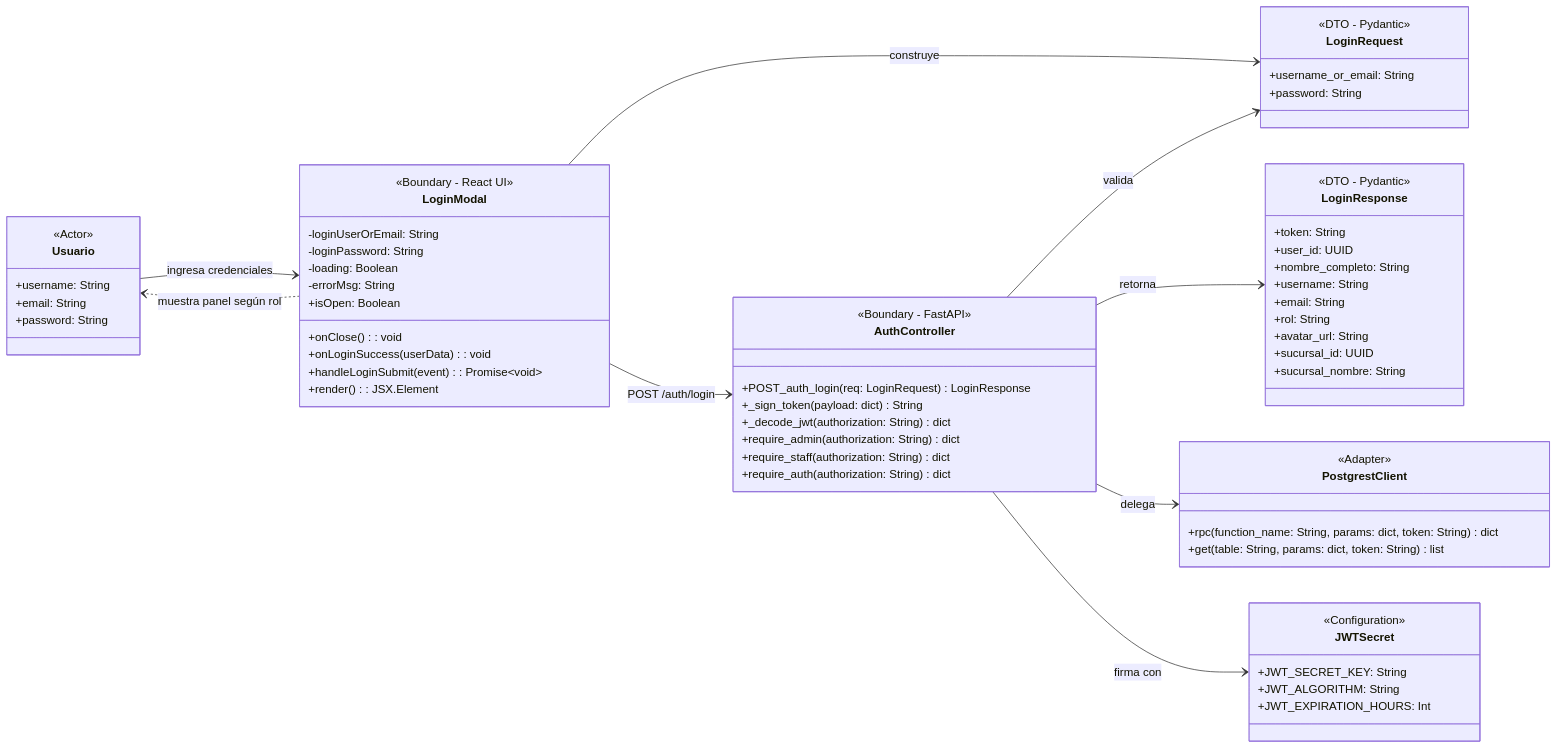
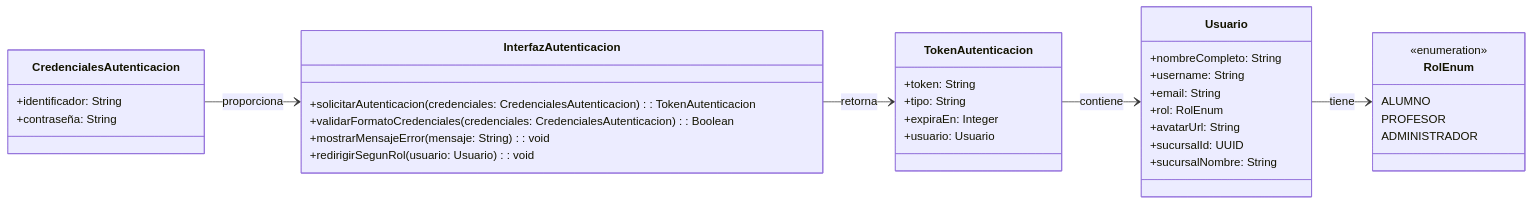
The diagram in Libros/Diagramas/CU-1/02_clases_interfaz_uc1.mmd (Tsmrain/JiuJitsu), drawn with Mermaid before and after one commit. The commit also changed 3 other files, not shown here.

Commit message:
Diagramas de UC-01 actualizados

```diff
--- a/Libros/Diagramas/CU-1/02_clases_interfaz_uc1.mmd
+++ b/Libros/Diagramas/CU-1/02_clases_interfaz_uc1.mmd
@@ -1,73 +1,43 @@
 classDiagram
     direction LR
-
+    
     class Usuario {
-        <<Actor>>
+        +nombreCompleto: String
         +username: String
         +email: String
-        +password: String
+        +rol: RolEnum
+        +avatarUrl: String
+        +sucursalId: UUID
+        +sucursalNombre: String
     }
-
-    class LoginModal {
-        <<Boundary - React UI>>
-        -loginUserOrEmail: String
-        -loginPassword: String
-        -loading: Boolean
-        -errorMsg: String
-        +isOpen: Boolean
-        +onClose(): void
-        +onLoginSuccess(userData): void
-        +handleLoginSubmit(event): Promise~void~
-        +render(): JSX.Element
+    
+    class CredencialesAutenticacion {
+        +identificador: String
+        +contraseña: String
     }
-
-    class LoginRequest {
-        <<DTO - Pydantic>>
-        +username_or_email: String
-        +password: String
+    
+    class TokenAutenticacion {
+        +token: String
+        +tipo: String
+        +expiraEn: Integer
+        +usuario: Usuario
     }
-
-    class LoginResponse {
-        <<DTO - Pydantic>>
-        +token: String
-        +user_id: UUID
-        +nombre_completo: String
-        +username: String
-        +email: String
-        +rol: String
-        +avatar_url: String
-        +sucursal_id: UUID
-        +sucursal_nombre: String
+    
+    class InterfazAutenticacion {
+        +solicitarAutenticacion(credenciales: CredencialesAutenticacion): TokenAutenticacion
+        +validarFormatoCredenciales(credenciales: CredencialesAutenticacion): Boolean
+        +mostrarMensajeError(mensaje: String): void
+        +redirigirSegunRol(usuario: Usuario): void
     }
-
-    class AuthController {
-        <<Boundary - FastAPI>>
-        +POST_auth_login(req: LoginRequest) LoginResponse
-        +_sign_token(payload: dict) String
-        +_decode_jwt(authorization: String) dict
-        +require_admin(authorization: String) dict
-        +require_staff(authorization: String) dict
-        +require_auth(authorization: String) dict
+    
+    class RolEnum {
+        <<enumeration>>
+        ALUMNO
+        PROFESOR
+        ADMINISTRADOR
     }
-
-    class PostgrestClient {
-        <<Adapter>>
-        +rpc(function_name: String, params: dict, token: String) dict
-        +get(table: String, params: dict, token: String) list
-    }
-
-    class JWTSecret {
-        <<Configuration>>
-        +JWT_SECRET_KEY: String
-        +JWT_ALGORITHM: String
-        +JWT_EXPIRATION_HOURS: Int
-    }
-
-    Usuario --> LoginModal : ingresa credenciales
-    LoginModal --> LoginRequest : construye
-    LoginModal --> AuthController : POST /auth/login
-    AuthController --> LoginRequest : valida
-    AuthController --> LoginResponse : retorna
-    AuthController --> PostgrestClient : delega
-    AuthController --> JWTSecret : firma con
-    LoginModal ..> Usuario : muestra panel según rol
+    
+    CredencialesAutenticacion --> InterfazAutenticacion : proporciona
+    InterfazAutenticacion --> TokenAutenticacion : retorna
+    TokenAutenticacion --> Usuario : contiene
+    Usuario --> RolEnum : tiene
```
